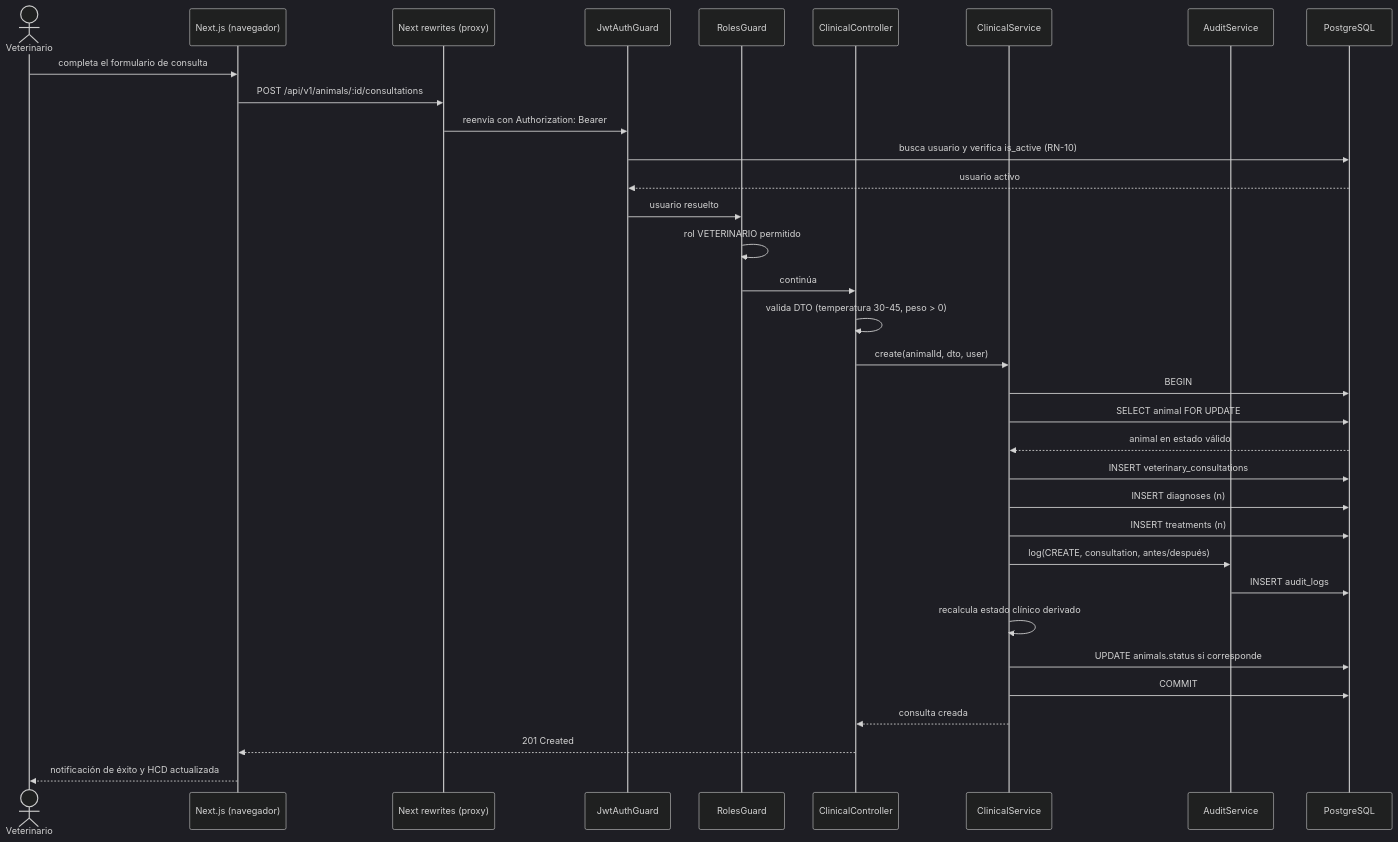
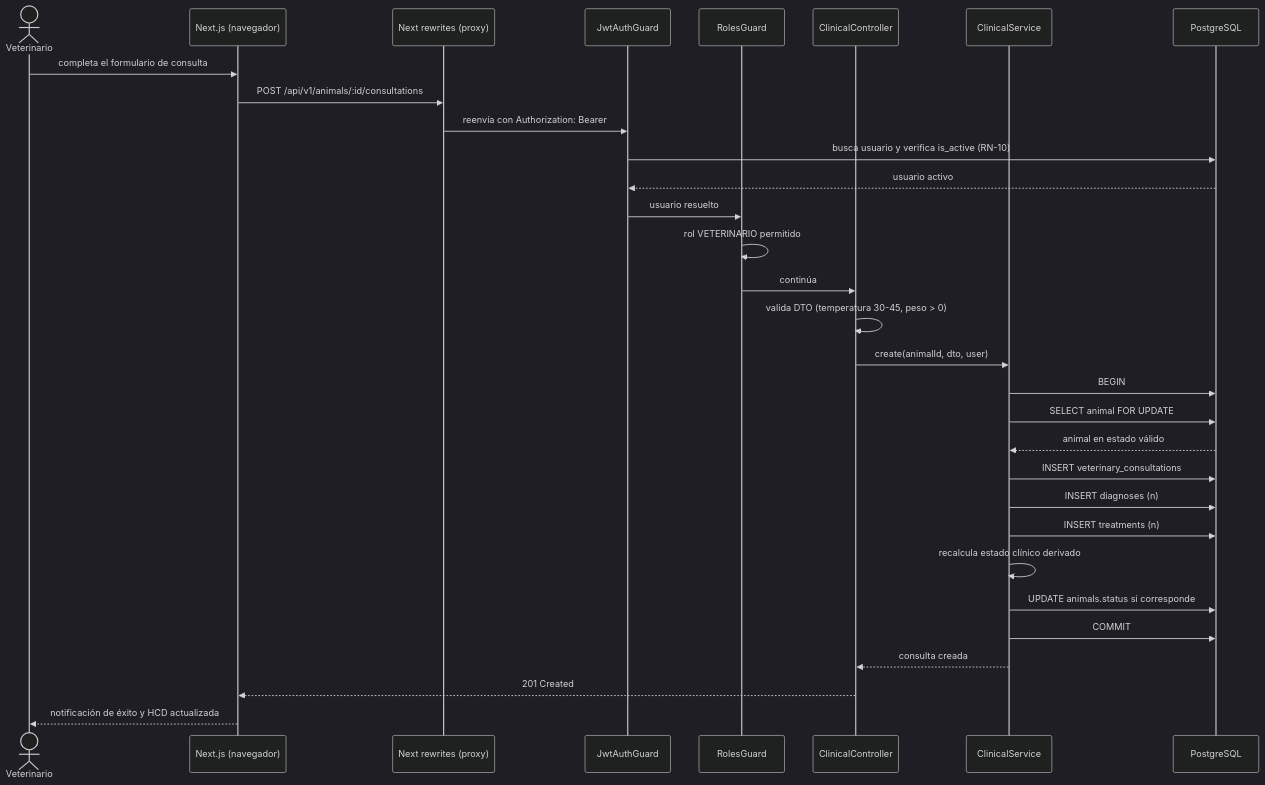
One commit to JulioCesarTA/adopcion changed the fifth of 17 diagrams in scrum.md. Above: the diagram before and after it, drawn with Mermaid (dark theme). The commit also changed other lines of this file and 1 other file, not shown here.

````diff
--- a/scrum.md
+++ b/scrum.md
@@ -1392,37 +1445,34 @@
 ```mermaid
 sequenceDiagram
   actor VET as Veterinario
   participant FE as Next.js (navegador)
   participant PX as Next rewrites (proxy)
   participant GJ as JwtAuthGuard
   participant GR as RolesGuard
   participant CC as ClinicalController
   participant CS as ClinicalService
-  participant AS as AuditService
   participant DB as PostgreSQL
 
   VET->>FE: completa el formulario de consulta
   FE->>PX: POST /api/v1/animals/:id/consultations
   PX->>GJ: reenvía con Authorization: Bearer
   GJ->>DB: busca usuario y verifica is_active (RN-10)
   DB-->>GJ: usuario activo
   GJ->>GR: usuario resuelto
   GR->>GR: rol VETERINARIO permitido
   GR->>CC: continúa
   CC->>CC: valida DTO (temperatura 30-45, peso > 0)
   CC->>CS: create(animalId, dto, user)
   CS->>DB: BEGIN
   CS->>DB: SELECT animal FOR UPDATE
   DB-->>CS: animal en estado válido
   CS->>DB: INSERT veterinary_consultations
   CS->>DB: INSERT diagnoses (n)
   CS->>DB: INSERT treatments (n)
-  CS->>AS: log(CREATE, consultation, antes/después)
-  AS->>DB: INSERT audit_logs
   CS->>CS: recalcula estado clínico derivado
   CS->>DB: UPDATE animals.status si corresponde
   CS->>DB: COMMIT
   CS-->>CC: consulta creada
   CC-->>FE: 201 Created
   FE-->>VET: notificación de éxito y HCD actualizada
 ```
````
